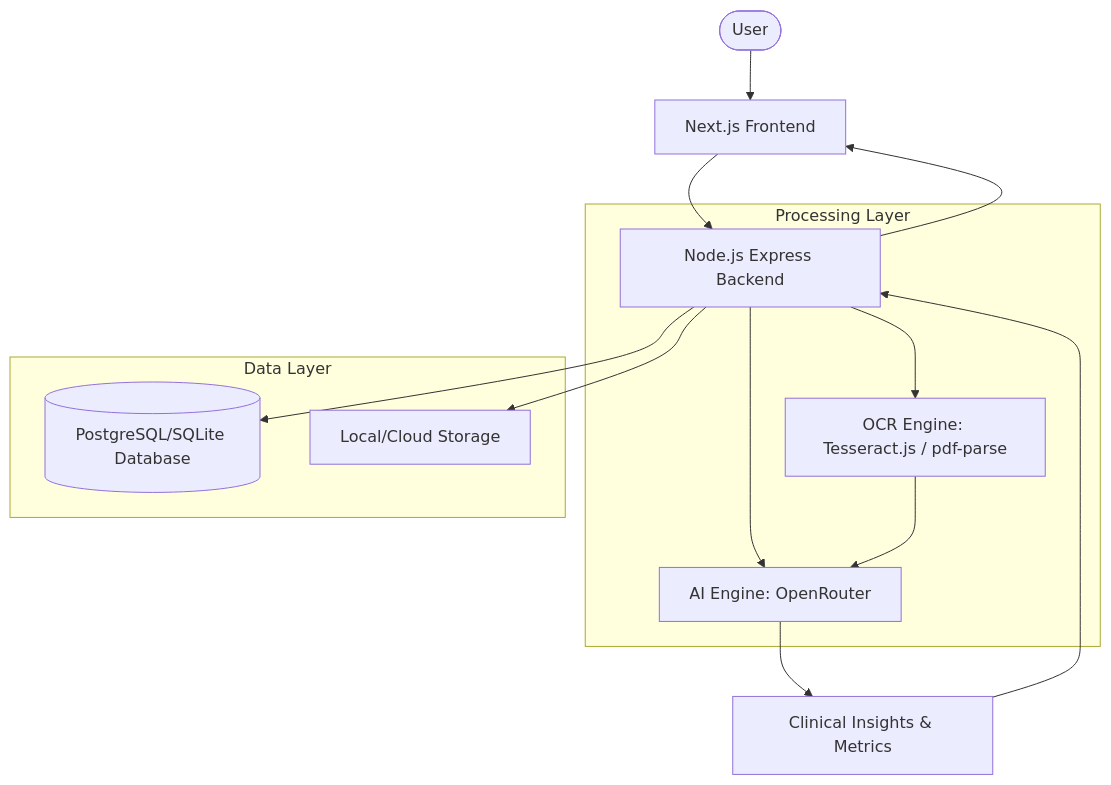
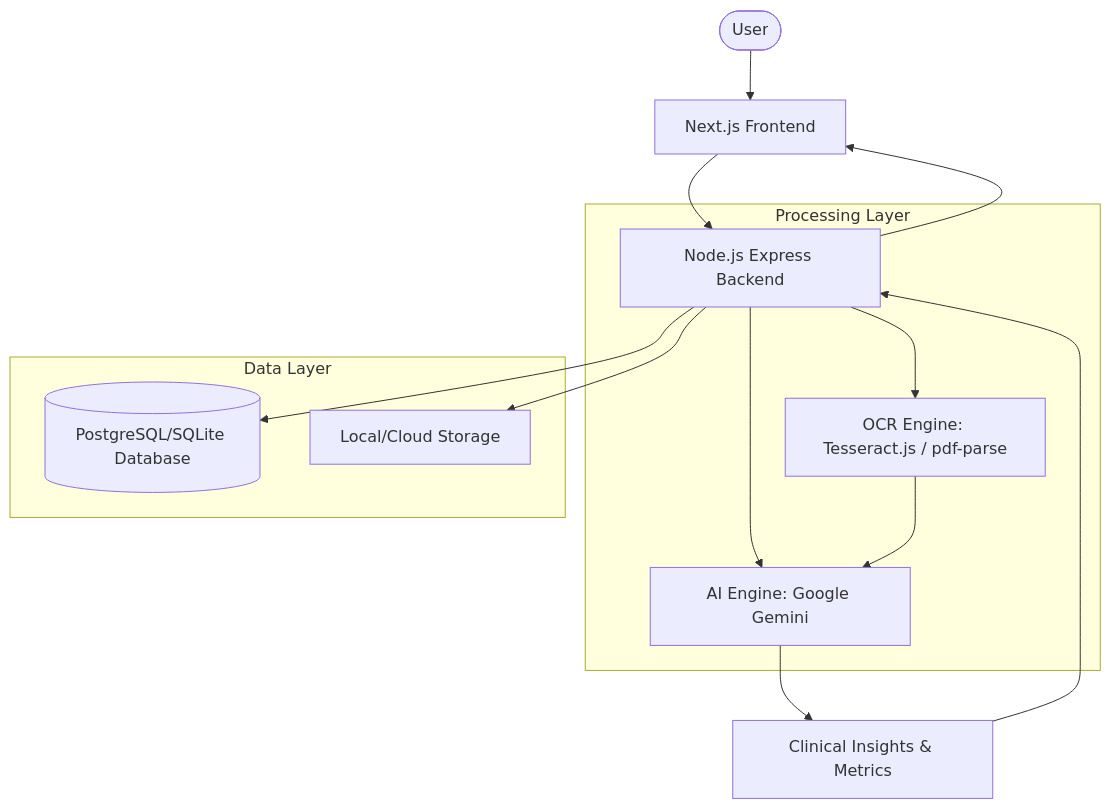
One commit to mohanshankarbotcha/MEDISCAN-AI changed the diagram in README.md. Above: the diagram before and after it, drawn with Mermaid. The commit also changed other lines of this file and 15 other files, not shown here.

Commit message:
feat: migrate backend AI analysis from OpenRouter to Google Gemini SDK

````diff
--- a/README.md
+++ b/README.md
@@ -50,20 +50,20 @@
 ```mermaid
 graph TD
     User([User]) --> Frontend[Next.js Frontend]
     Frontend --> Backend[Node.js Express Backend]
     
     subgraph Processing Layer
         Backend --> OCR[OCR Engine: Tesseract.js / pdf-parse]
-        Backend --> AI[AI Engine: OpenRouter]
+        Backend --> AI[AI Engine: Google Gemini]
         OCR --> AI
     end
     
     subgraph Data Layer
         Backend --> DB[(PostgreSQL/SQLite Database)]
         Backend --> Storage[Local/Cloud Storage]
     end
     
     AI --> Results[Clinical Insights & Metrics]
     Results --> Backend
     Backend --> Frontend
 ```
````
